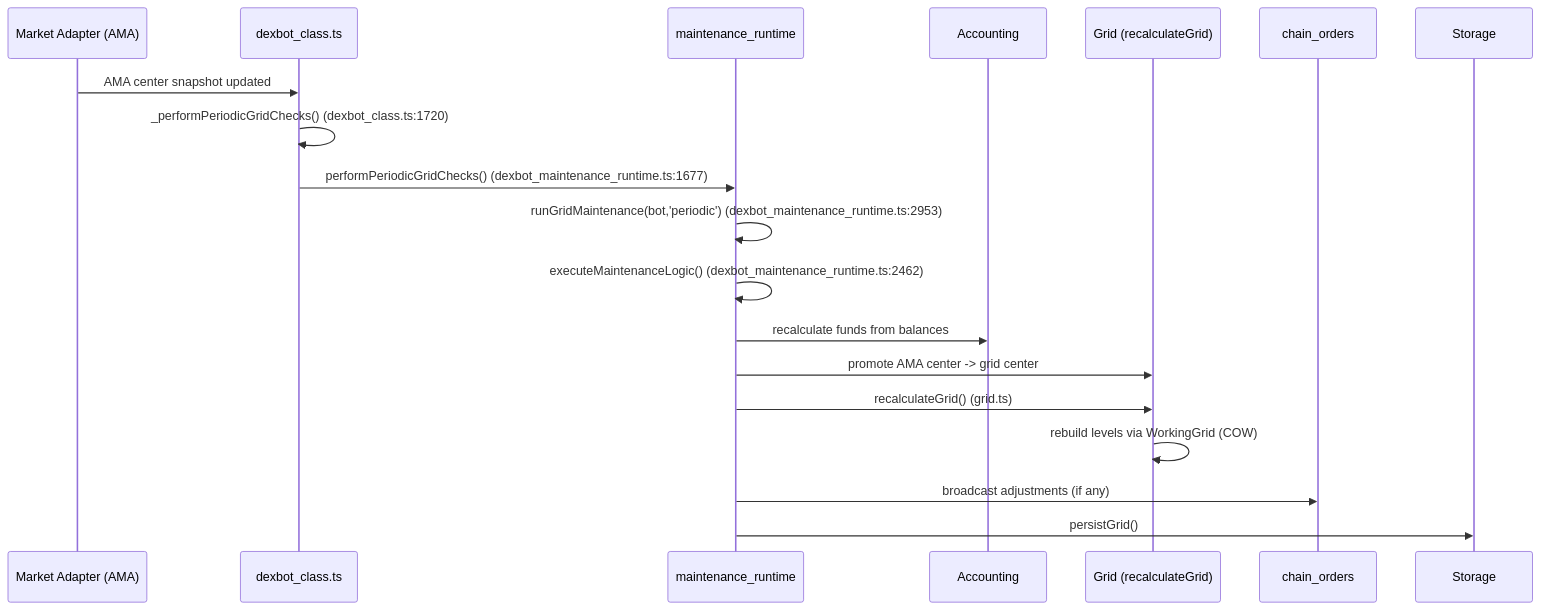
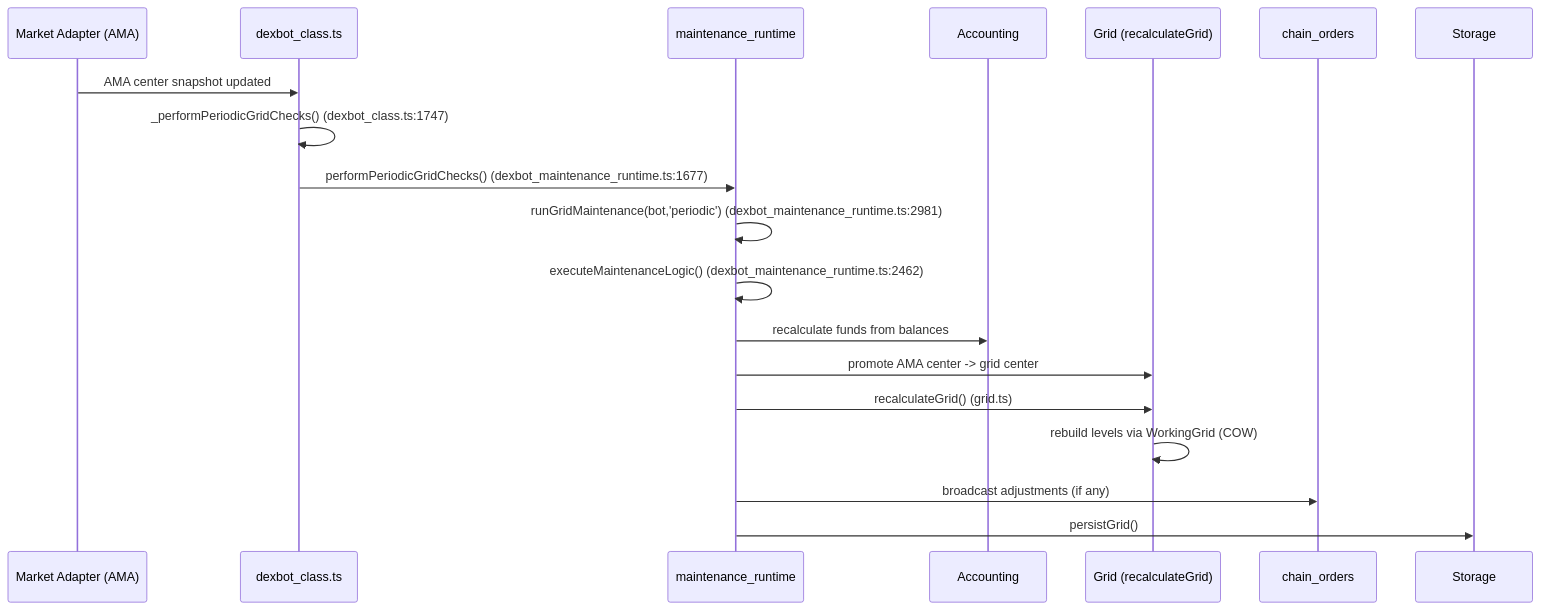
Before and after one commit to bitshares/DEXBot2: the fourth of 4 diagrams in docs/LIFECYCLE.md, drawn with Mermaid. The commit also changed other lines of this file and 6 other files, not shown here.

````diff
--- a/docs/LIFECYCLE.md
+++ b/docs/LIFECYCLE.md
@@ -126,22 +126,22 @@
 ```mermaid
 sequenceDiagram
     participant MA as Market Adapter (AMA)
     participant CL as dexbot_class.ts
     participant RT as maintenance_runtime
     participant AC as Accounting
     participant GD as Grid (recalculateGrid)
     participant CO as chain_orders
     participant STORE as Storage
 
     MA->>CL: AMA center snapshot updated
-    CL->>CL: _performPeriodicGridChecks()  (dexbot_class.ts:1720)
+    CL->>CL: _performPeriodicGridChecks()  (dexbot_class.ts:1747)
     CL->>RT: performPeriodicGridChecks()  (dexbot_maintenance_runtime.ts:1677)
-    RT->>RT: runGridMaintenance(bot,'periodic')  (dexbot_maintenance_runtime.ts:2953)
+    RT->>RT: runGridMaintenance(bot,'periodic')  (dexbot_maintenance_runtime.ts:2981)
     RT->>RT: executeMaintenanceLogic()  (dexbot_maintenance_runtime.ts:2462)
     RT->>AC: recalculate funds from balances
     RT->>GD: promote AMA center -> grid center
     RT->>GD: recalculateGrid()  (grid.ts)
     GD->>GD: rebuild levels via WorkingGrid (COW)
     RT->>CO: broadcast adjustments (if any)
     RT->>STORE: persistGrid()
 ```
````
